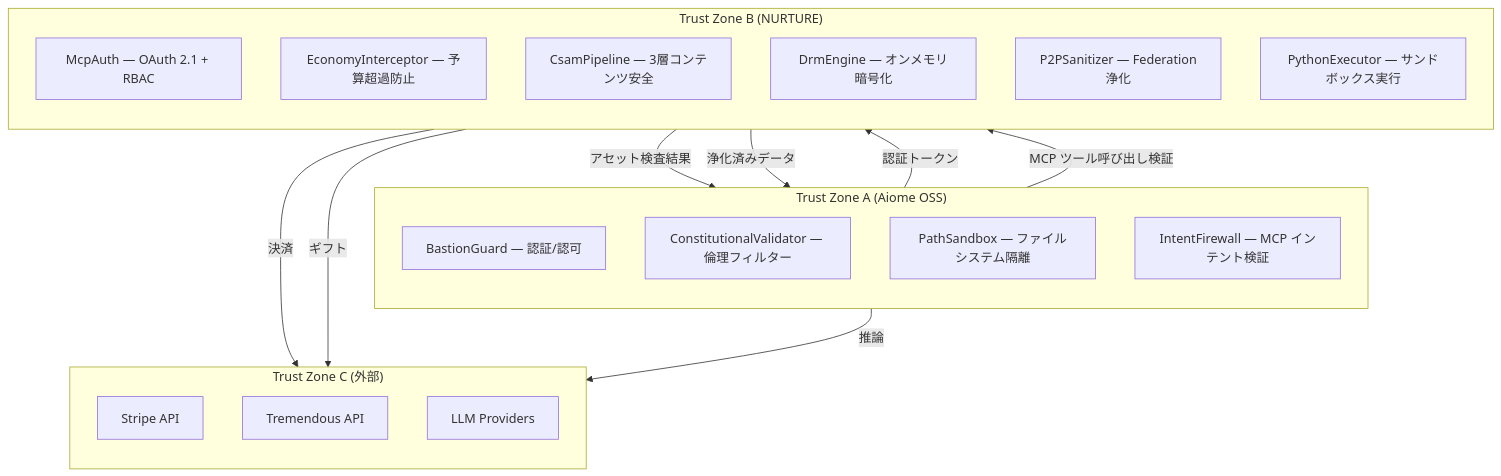
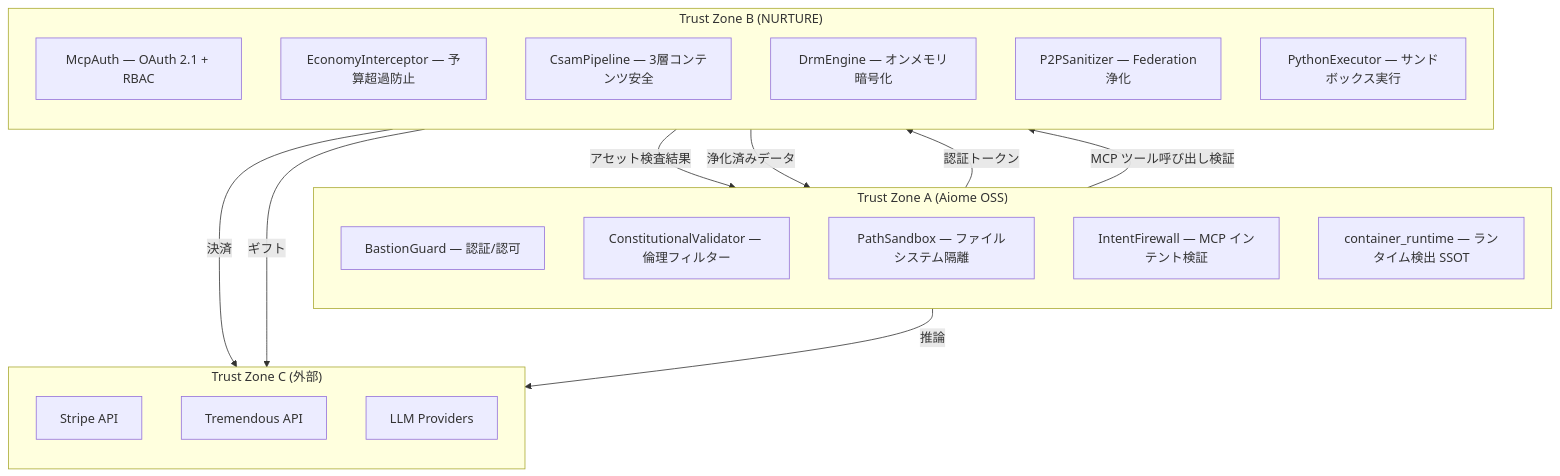
Before and after one commit to for4xex-droid/modular-open-claw: the eighth of 9 diagrams in docs/architecture/AIOME_NURTURE_SYNERGY.md, drawn with Mermaid. The commit also changed other lines of this file and 57 other files, not shown here.

````diff
--- a/docs/architecture/AIOME_NURTURE_SYNERGY.md
+++ b/docs/architecture/AIOME_NURTURE_SYNERGY.md
@@ -530,36 +530,37 @@
 ```mermaid
 graph TB
     subgraph "Trust Zone A (Aiome OSS)"
         direction TB
         A1["BastionGuard — 認証/認可"]
         A2["ConstitutionalValidator — 倫理フィルター"]
         A3["PathSandbox — ファイルシステム隔離"]
         A4["IntentFirewall — MCP インテント検証"]
+        A5["container_runtime — ランタイム検出 SSOT"]
     end
 
     subgraph "Trust Zone B (NURTURE)"
         direction TB
         B1["McpAuth — OAuth 2.1 + RBAC"]
         B2["EconomyInterceptor — 予算超過防止"]
         B3["CsamPipeline — 3層コンテンツ安全"]
         B4["DrmEngine — オンメモリ暗号化"]
         B5["P2PSanitizer — Federation浄化"]
         B6["PythonExecutor — サンドボックス実行"]
     end
 
     subgraph "Trust Zone C (外部)"
         direction TB
         C1["Stripe API"]
         C2["Tremendous API"]
         C3["LLM Providers"]
     end
 
     A1 -->|認証トークン| B1
     A4 -->|MCP ツール呼び出し検証| B2
     B3 -->|アセット検査結果| A3
     B5 -->|浄化済みデータ| A1
 
     B2 -->|決済| C1
     B2 -->|ギフト| C2
     A1 -->|推論| C3
 ```
````
